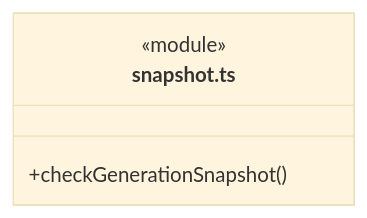
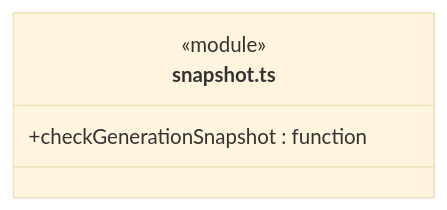
Diagram 15 of 15 in src/logic/models/ARCHITECTURE.md (nan023062/cbim), drawn with Mermaid (base theme) before and after one commit. The commit also changed other lines of this file and 137 other files, not shown here.

Commit message:
fix: align architecture generator with documentation standards

````diff
--- a/src/logic/models/ARCHITECTURE.md
+++ b/src/logic/models/ARCHITECTURE.md
@@ -392,7 +415,7 @@
 ```mermaid
 classDiagram
 class N_src_logic_models_snapshot_ts["snapshot.ts"] {
   <<module>>
-  +checkGenerationSnapshot()
+  +checkGenerationSnapshot : function
 }
 ```
````
